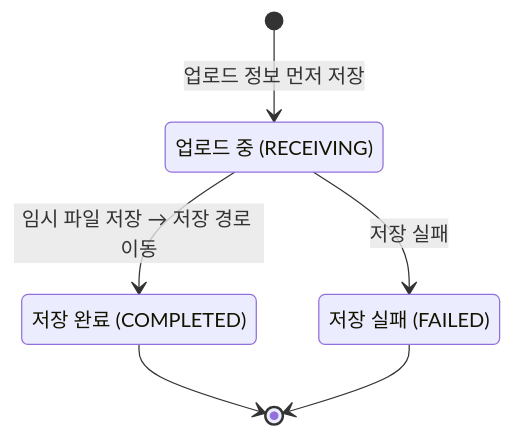
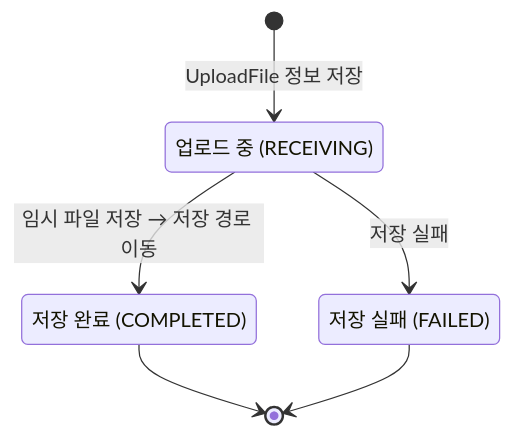
Before and after one commit to seokjun7410/file-upload: the fourth of 8 diagrams in README.md, drawn with Mermaid. The commit also changed other lines of this file and 2 other files, not shown here.

````diff
--- a/README.md
+++ b/README.md
@@ -130,11 +130,11 @@
 ```mermaid
 stateDiagram-v2
     state "업로드 중 (RECEIVING)" as RECEIVING
     state "저장 완료 (COMPLETED)" as COMPLETED
     state "저장 실패 (FAILED)" as FAILED
-    [*] --> RECEIVING: 업로드 정보 먼저 저장
+    [*] --> RECEIVING: UploadFile 정보 저장
     RECEIVING --> COMPLETED: 임시 파일 저장 → 저장 경로 이동
     RECEIVING --> FAILED: 저장 실패
     COMPLETED --> [*]
     FAILED --> [*]
 ```
````
